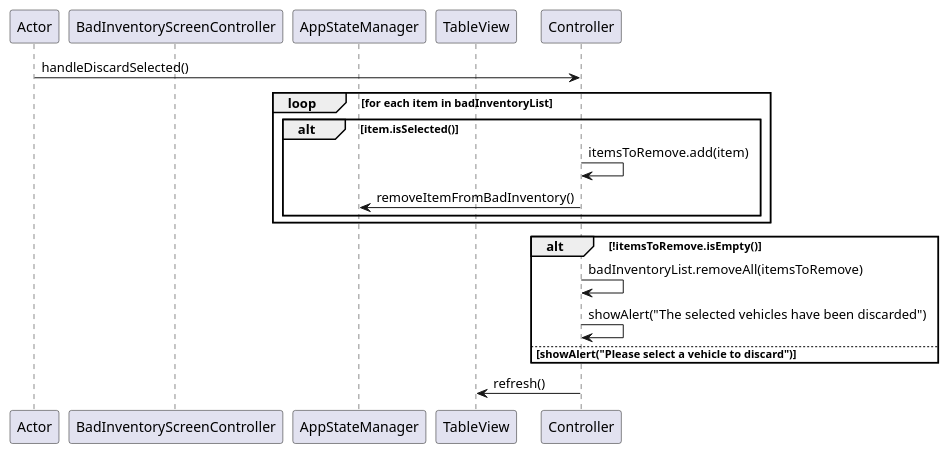
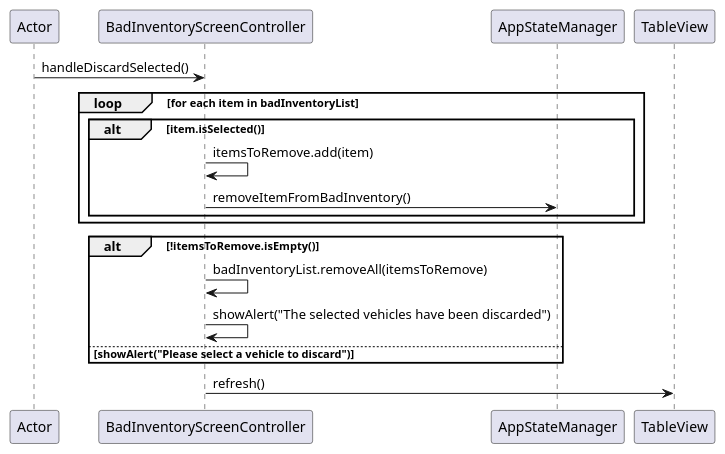
The diagram in src/main/java/javafiles/SequenceDiagrams/BadInventoryScreen_handleDiscardSelected.puml (DylanBrowneMetrostate/DealerProject), drawn with PlantUML before and after one commit.

Commit message:
Changed participant "BadInventoryScreenController" as Controller27267542 to Controller. I have been having major issues with my laptop's keyboard probably what caused it, I apologize!

```diff
--- a/src/main/java/javafiles/SequenceDiagrams/BadInventoryScreen_handleDiscardSelected.puml
+++ b/src/main/java/javafiles/SequenceDiagrams/BadInventoryScreen_handleDiscardSelected.puml
@@ -1,34 +1,34 @@
 @startuml
 
 ' Participants
 participant Actor
-participant "BadInventoryScreenController" as Controller27267542
+participant "BadInventoryScreenController" as Controller
 participant AppStateManager
 participant TableView
 
 
 Actor -> Controller: handleDiscardSelected()
 
 ' Iterate through items in badInventory Table
 loop for each item in badInventoryList
   alt item.isSelected()
     Controller -> Controller: itemsToRemove.add(item)
     Controller -> AppStateManager: removeItemFromBadInventory()
   end alt
 end loop
 
 ' remove items from itemsToRemove if not empty
 alt !itemsToRemove.isEmpty()
     Controller -> Controller: badInventoryList.removeAll(itemsToRemove)
     Controller -> Controller: showAlert("The selected vehicles have been discarded")
 else showAlert("Please select a vehicle to discard")
 end alt
 
 Controller -> TableView: refresh()
 
 
 
 
 
 
 @enduml
```
